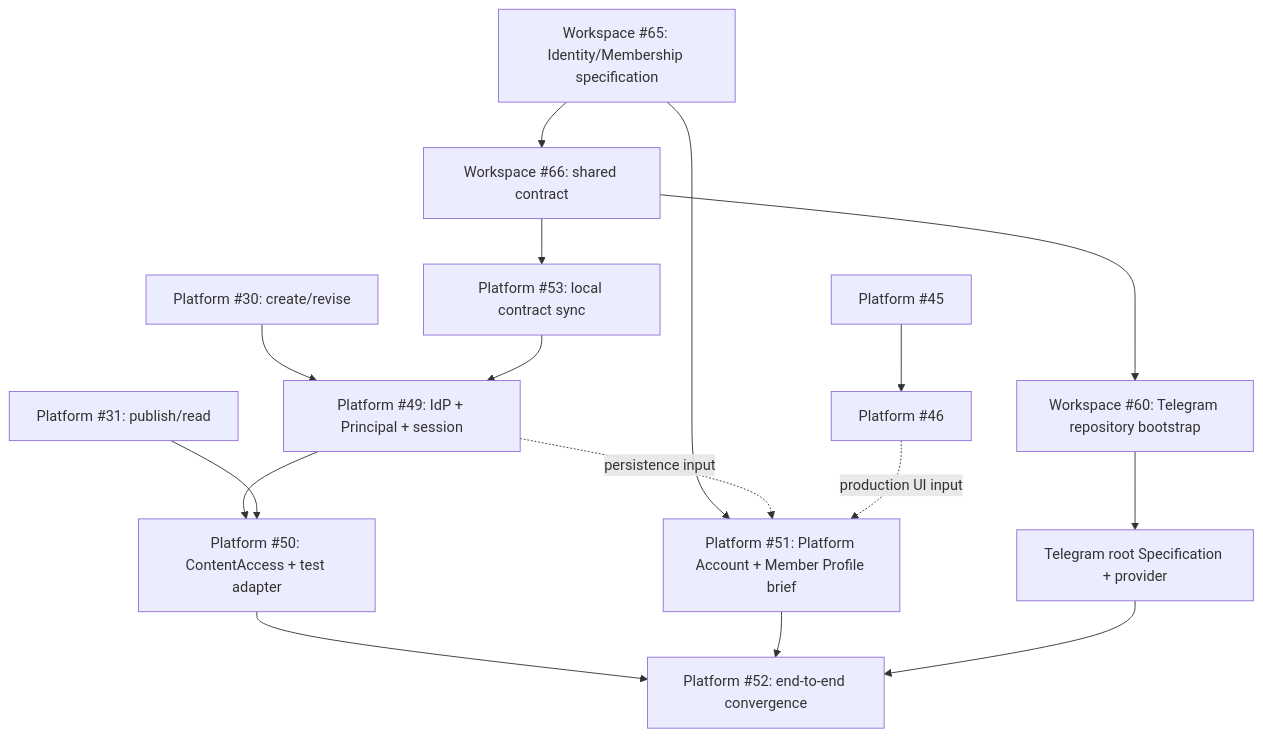
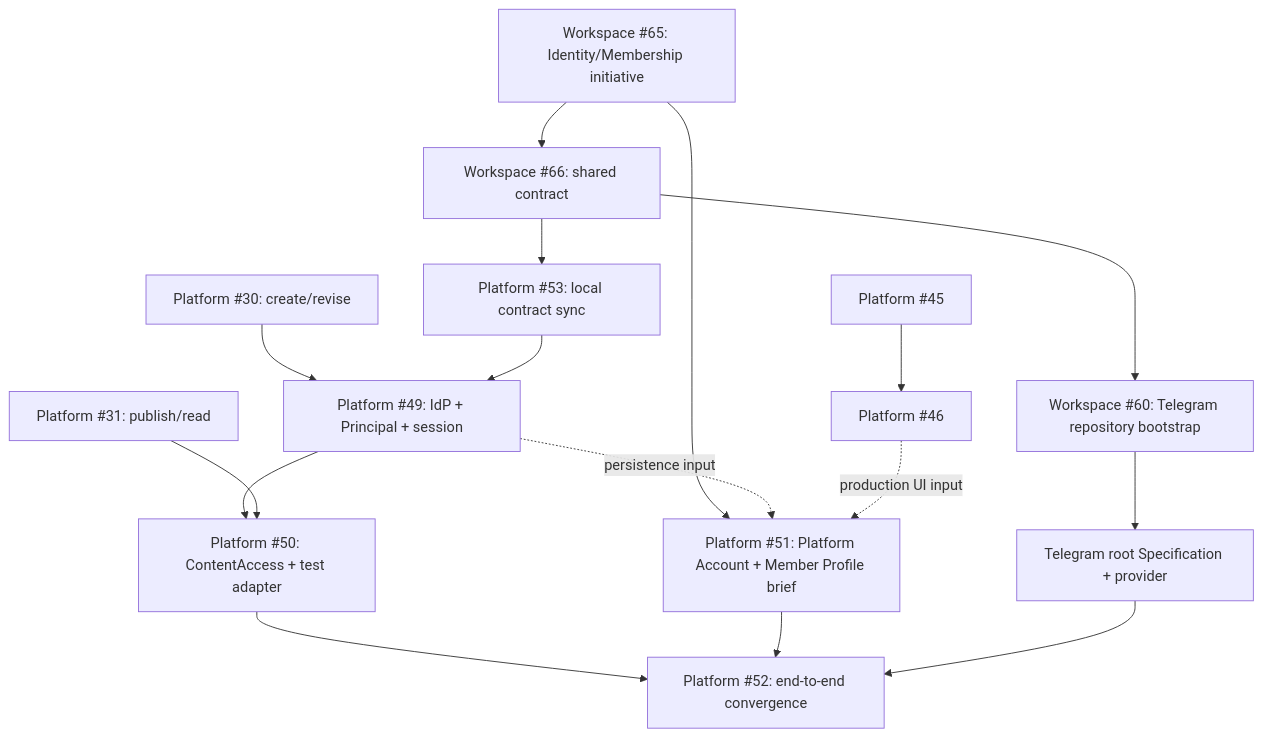
One commit to sachkov-inside/platform changed the diagram in docs/specifications/platform-v1.md. Above: the diagram before and after it, drawn with Mermaid. The commit also changed other lines of this file, not shown here.

Commit message:
docs: clarify identity initiative hierarchy (#68) (#69)

````diff
--- a/docs/specifications/platform-v1.md
+++ b/docs/specifications/platform-v1.md
@@ -470,21 +470,21 @@
 ```mermaid
 flowchart TD
-    S65[Workspace #65: Identity/Membership specification] --> C66[Workspace #66: shared contract]
+    S65[Workspace #65: Identity/Membership initiative] --> C66[Workspace #66: shared contract]
     C66 --> P53[Platform #53: local contract sync]
     C66 --> B60[Workspace #60: Telegram repository bootstrap]
 
     DRAFT[Platform #30: create/revise] --> ID49[Platform #49: IdP + Principal + session]
     P53 --> ID49
     ID49 --> ACCESS50[Platform #50: ContentAccess + test adapter]
     LIFE[Platform #31: publish/read] --> ACCESS50
 
     S65 --> PROFILE51[Platform #51: Platform Account + Member Profile brief]
     ID49 -. persistence input .-> PROFILE51
     LAB[Platform #45] --> SHELL[Platform #46]
     SHELL -. production UI input .-> PROFILE51
 
     B60 --> TG[Telegram root Specification + provider]
     ACCESS50 --> JOIN52[Platform #52: end-to-end convergence]
     PROFILE51 --> JOIN52
     TG --> JOIN52
 ```
````
